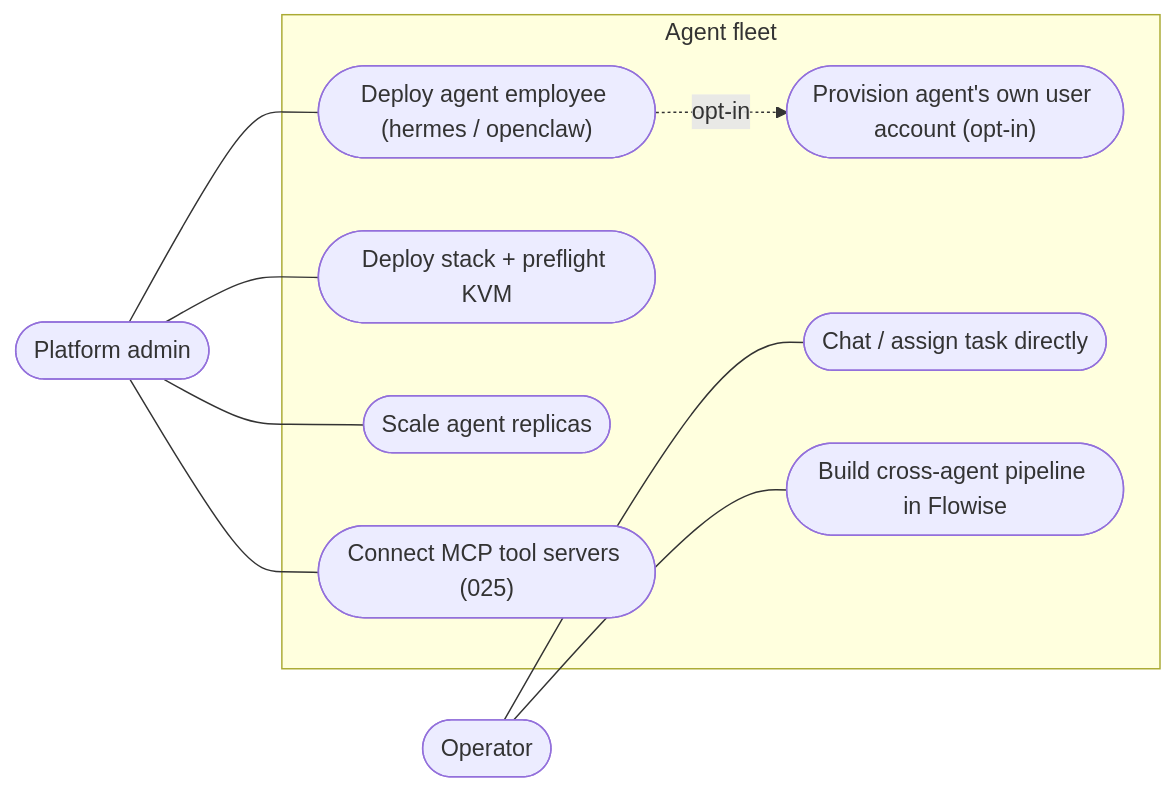
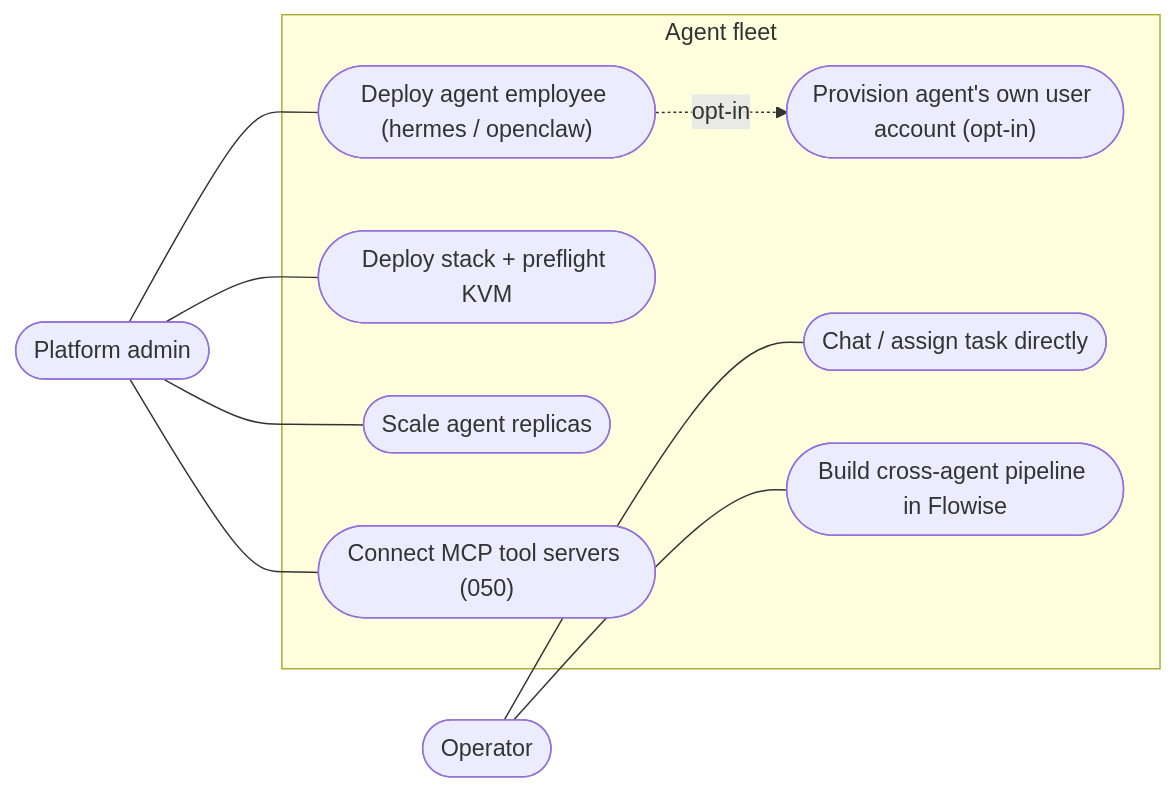
One commit to infinito-nexus/core changed the sixth of 7 diagrams in docs/requirements/032-agent-employees-firecracker.md. Above: the diagram before and after it, drawn with Mermaid. The commit also changed other lines of this file and 43 other files, not shown here.

````diff
--- a/docs/requirements/032-agent-employees-firecracker.md
+++ b/docs/requirements/032-agent-employees-firecracker.md
@@ -207,23 +207,23 @@
 ```mermaid
 flowchart LR
     operator([Operator])
     admin([Platform admin])
 
     subgraph sys["Agent fleet"]
         u1(["Deploy agent employee (hermes / openclaw)"])
         u1b(["Provision agent's own user account (opt-in)"])
         u2(["Chat / assign task directly"])
         u3(["Build cross-agent pipeline in Flowise"])
         u4(["Deploy stack + preflight KVM"])
         u5(["Scale agent replicas"])
-        u6(["Connect MCP tool servers (025)"])
+        u6(["Connect MCP tool servers (050)"])
     end
 
     operator --- u2
     operator --- u3
     admin --- u1
     u1 -.->|opt-in| u1b
     admin --- u4
     admin --- u5
     admin --- u6
 ```
````
